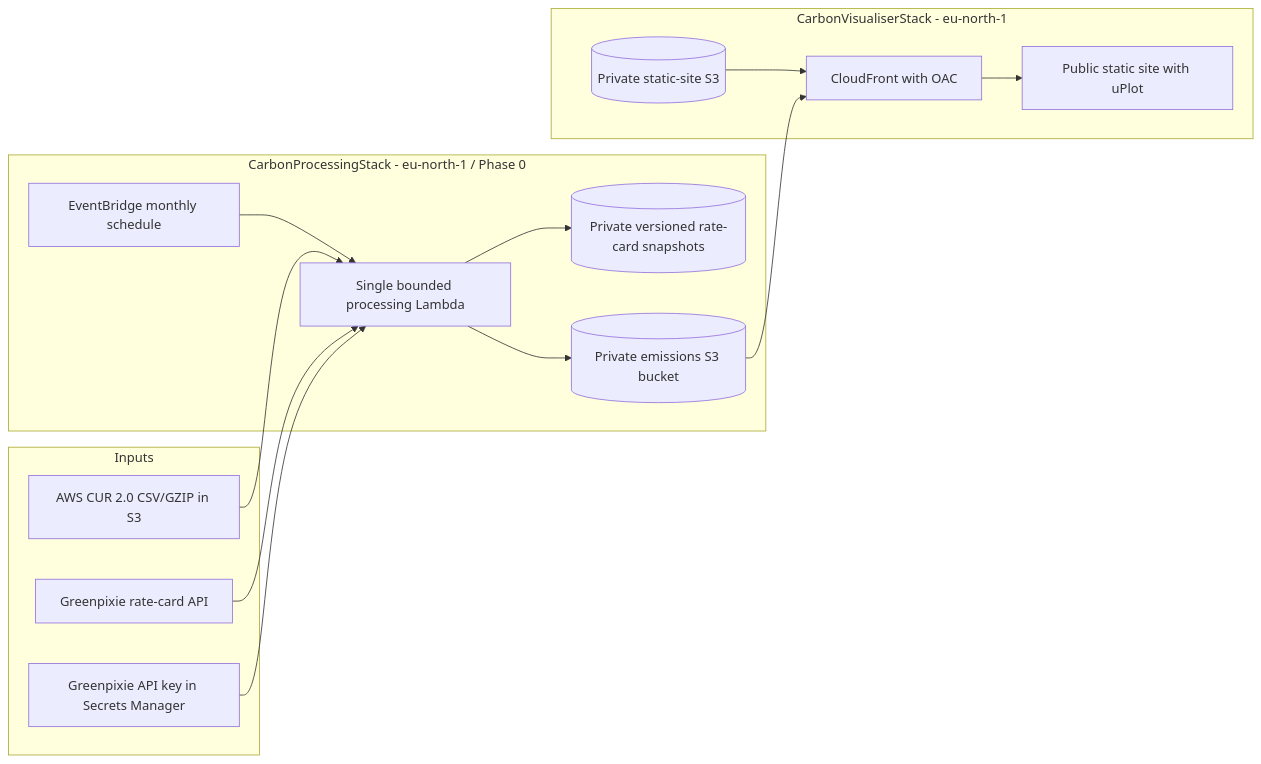
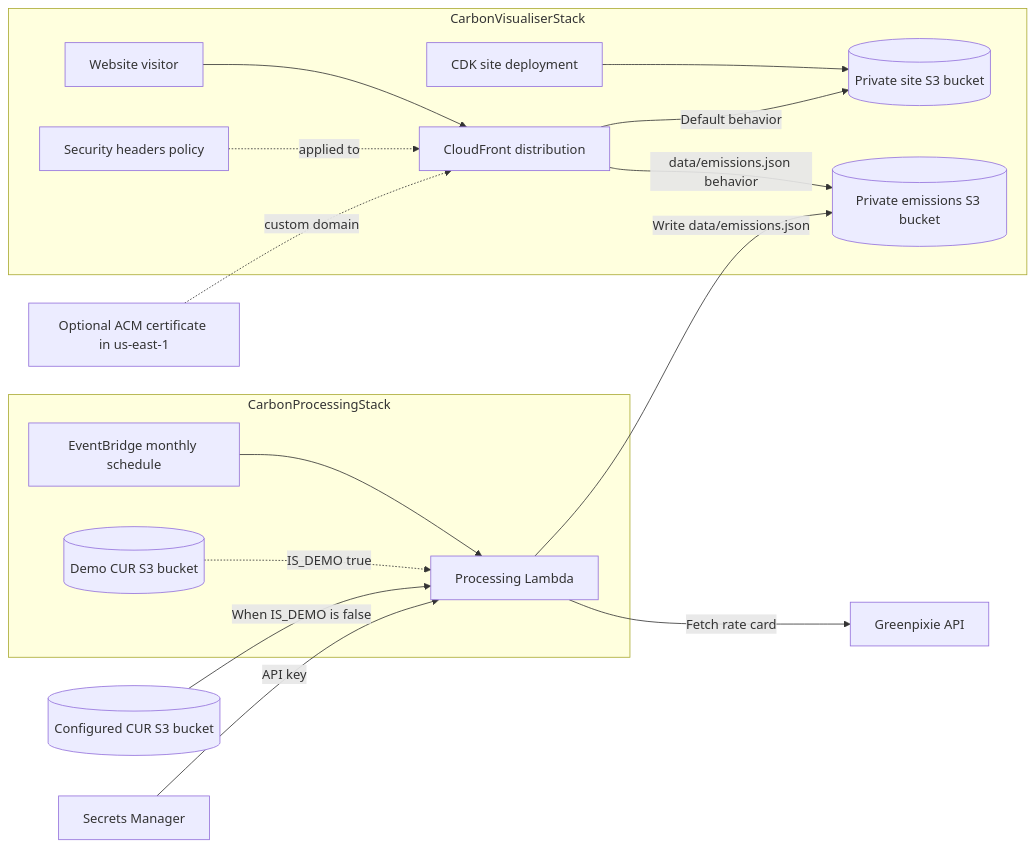
One commit to miamollie/greenpixie-demo-app changed the diagram in README.md. Above: the diagram before and after it, drawn with Mermaid. The commit also changed other lines of this file and 1 other file, not shown here.

Commit message:
docs: document demo deployment setup

````diff
--- a/README.md
+++ b/README.md
@@ -71,31 +13,21 @@
 ```mermaid
 flowchart LR
-  subgraph Inputs
-    CUR[AWS CUR 2.0 CSV/GZIP in S3]
-    GP[Greenpixie rate-card API]
-    Secret[Greenpixie API key in Secrets Manager]
+  subgraph Processing[CarbonProcessingStack]
+    Schedule[EventBridge monthly schedule] --> Processor[Processing Lambda]
+    DemoCUR[(Demo CUR S3 bucket)] -. IS_DEMO true .-> Processor
   end
 
-  subgraph ProcessingStack[CarbonProcessingStack - eu-north-1 / Phase 0]
-    Schedule[EventBridge monthly schedule]
-    Lambda[Single bounded processing Lambda]
-    RateS3[(Private versioned rate-card snapshots)]
-    Emissions[(Private emissions S3 bucket)]
-    Schedule --> Lambda
-    Lambda --> RateS3
-    Lambda --> Emissions
+  subgraph Visualisation[CarbonVisualiserStack]
+    Deploy[CDK site deployment] --> SiteBucket[(Private site S3 bucket)]
+    Viewer[Website visitor] --> CloudFront[CloudFront distribution]
+    CloudFront -->|Default behavior| SiteBucket
+    CloudFront -->|data/emissions.json behavior| EmissionsBucket[(Private emissions S3 bucket)]
+    Headers[Security headers policy] -. applied to .-> CloudFront
   end
 
-  CUR --> Lambda
-  GP --> Lambda
-  Secret --> Lambda
-
-  subgraph VisualisationStack[CarbonVisualiserStack - eu-north-1]
-    Site[(Private static-site S3)]
-    CF[CloudFront with OAC]
-    Browser[Public static site with uPlot]
-    Site --> CF
-    Emissions --> CF
-    CF --> Browser
-  end
+  CUR[(Configured CUR S3 bucket)] -->|When IS_DEMO is false| Processor
+  Secret[Secrets Manager] -->|API key| Processor
+  Processor -->|Fetch rate card| Greenpixie[Greenpixie API]
+  Processor -->|Write data/emissions.json| EmissionsBucket
+  Certificate[Optional ACM certificate in us-east-1] -. custom domain .-> CloudFront
 ```
````
